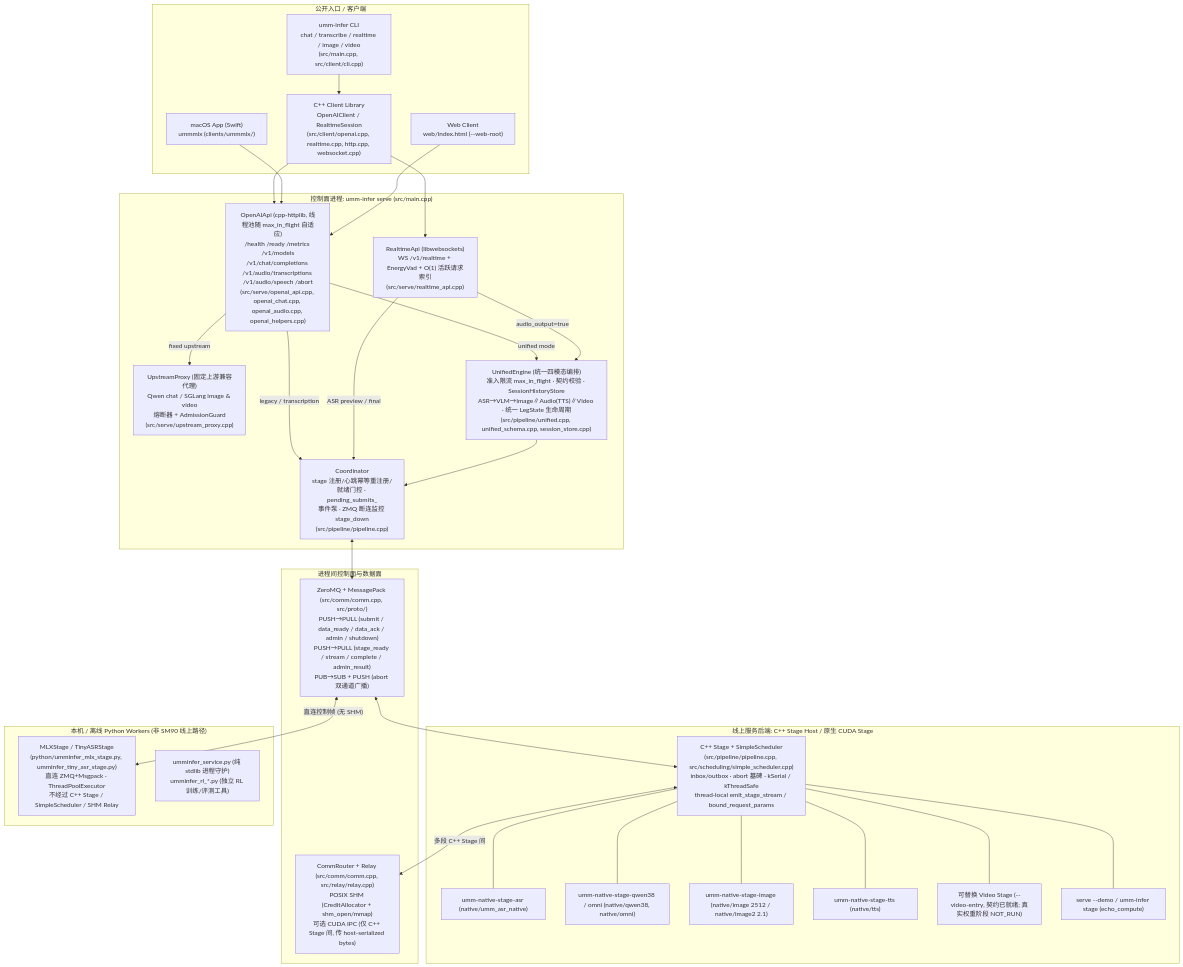
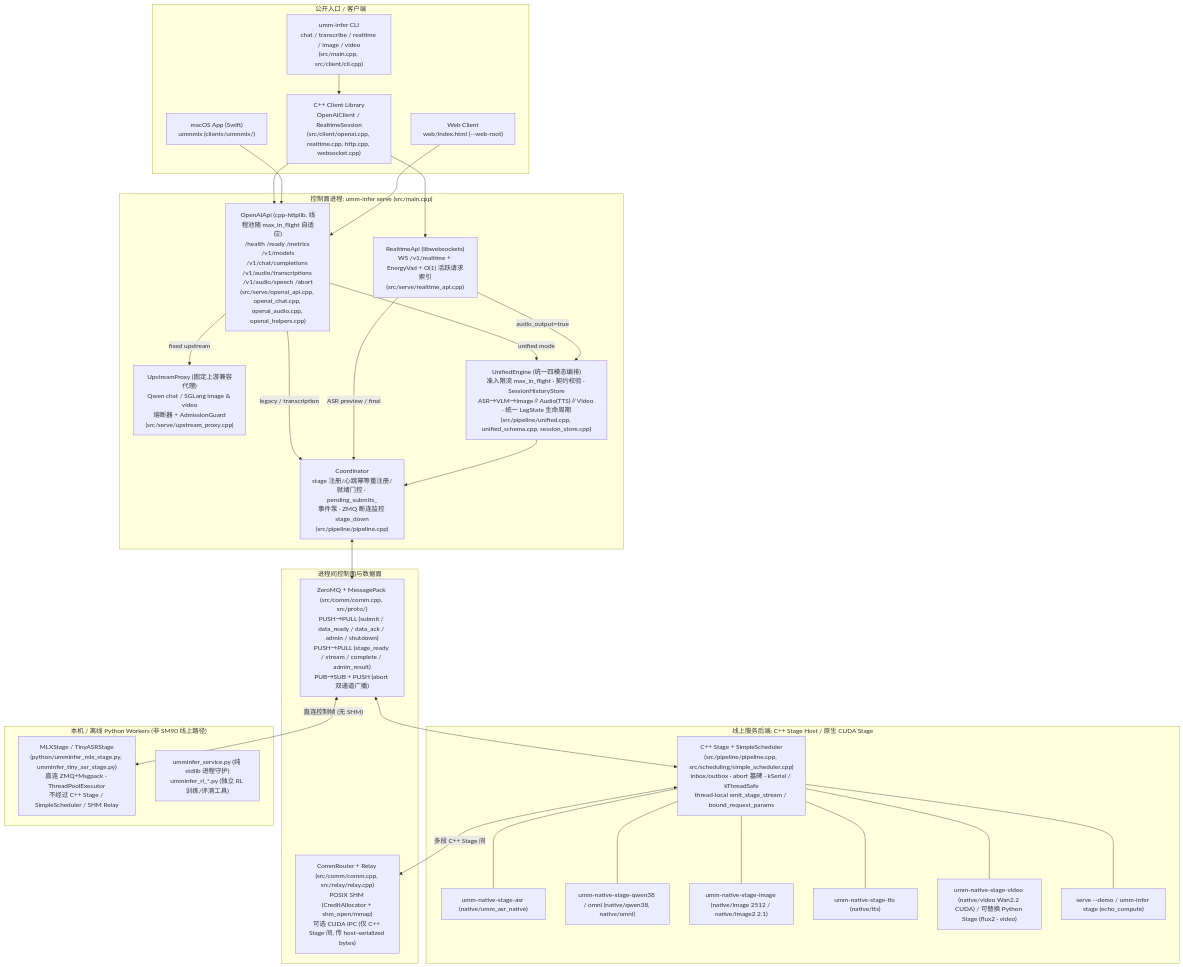
One commit to thinkseek/ummInfer changed the diagram in docs/architecture.md. Above: the diagram before and after it, drawn with Mermaid. The commit also changed other lines of this file and 6 other files, not shown here.

Commit message:
docs(wave6): sync feature-map (c5871233), architecture, model-support, README, roadmap, and AOCI

````diff
--- a/docs/architecture.md
+++ b/docs/architecture.md
@@ -10,62 +10,62 @@
 ```mermaid
 flowchart TB
   subgraph Clients["公开入口 / 客户端"]
     CLI["umm-infer CLI<br/>chat / transcribe / realtime / image / video<br/>(src/main.cpp, src/client/cli.cpp)"]
     CPP["C++ Client Library<br/>OpenAIClient / RealtimeSession<br/>(src/client/openai.cpp, realtime.cpp, http.cpp, websocket.cpp)"]
     SWIFT["macOS App (Swift)<br/>ummmlx (clients/ummmlx/)"]
     WEB["Web Client<br/>web/index.html (--web-root)"]
   end
 
   subgraph Server["控制面进程: umm-infer serve (src/main.cpp)"]
     HTTP["OpenAIApi (cpp-httplib, 线程池随 max_in_flight 自适应)<br/>/health /ready /metrics /v1/models<br/>/v1/chat/completions /v1/audio/transcriptions /v1/audio/speech /abort<br/>(src/serve/openai_api.cpp, openai_chat.cpp, openai_audio.cpp, openai_helpers.cpp)"]
     PROXY["UpstreamProxy (固定上游兼容代理)<br/>Qwen chat / SGLang image & video<br/>熔断器 + AdmissionGuard<br/>(src/serve/upstream_proxy.cpp)"]
     WS["RealtimeApi (libwebsockets)<br/>WS /v1/realtime + EnergyVad + O(1) 活跃请求索引<br/>(src/serve/realtime_api.cpp)"]
     UE["UnifiedEngine (统一四模态编排)<br/>准入限流 max_in_flight · 契约校验 · SessionHistoryStore<br/>ASR→VLM→Image∥Audio(TTS)∥Video · 统一 LegState 生命周期<br/>(src/pipeline/unified.cpp, unified_schema.cpp, session_store.cpp)"]
     COORD["Coordinator<br/>stage 注册/心跳幂等重注册/就绪门控 · pending_submits_<br/>事件泵 · ZMQ 断连监控 stage_down<br/>(src/pipeline/pipeline.cpp)"]
   end
 
   subgraph Transport["进程间控制面与数据面"]
     ZMQ["ZeroMQ + MessagePack (src/comm/comm.cpp, src/proto/)<br/>PUSH→PULL (submit / data_ready / data_ack / admin / shutdown)<br/>PUSH→PULL (stage_ready / stream / complete / admin_result)<br/>PUB→SUB + PUSH (abort 双通道广播)"]
     RELAY["CommRouter + Relay (src/comm/comm.cpp, src/relay/relay.cpp)<br/>POSIX SHM (CreditAllocator + shm_open/mmap)<br/>可选 CUDA IPC (仅 C++ Stage 间, 传 host-serialized bytes)"]
   end
 
   subgraph NativeStages["线上服务后端: C++ Stage Host / 原生 CUDA Stage"]
     STAGE["C++ Stage + SimpleScheduler<br/>(src/pipeline/pipeline.cpp, src/scheduling/simple_scheduler.cpp)<br/>inbox/outbox · abort 墓碑 · kSerial / kThreadSafe<br/>thread-local emit_stage_stream / bound_request_params"]
     BIN_ASR["umm-native-stage-asr (native/umm_asr_native)"]
     BIN_VLM["umm-native-stage-qwen38 / omni (native/qwen38, native/omni)"]
     BIN_IMG["umm-native-stage-image (native/image 2512 / native/image2 2.1)"]
     BIN_TTS["umm-native-stage-tts (native/tts)"]
-    BIN_VID["可替换 Video Stage (--video-entry, 契约已就绪; 真实权重阶段 NOT_RUN)"]
+    BIN_VID["umm-native-stage-video (native/video Wan2.2 CUDA) / 可替换 Python Stage (flux2 · video)"]
     DEMO["serve --demo / umm-infer stage (echo_compute)"]
   end
 
   subgraph PythonWorkers["本机 / 离线 Python Workers (非 SM90 线上路径)"]
     MLX["MLXStage / TinyASRStage<br/>(python/umminfer_mlx_stage.py, umminfer_tiny_asr_stage.py)<br/>直连 ZMQ+Msgpack · ThreadPoolExecutor<br/>不经过 C++ Stage / SimpleScheduler / SHM Relay"]
     SUP["umminfer_service.py (纯 stdlib 进程守护)<br/>umminfer_rl_*.py (独立 RL 训练/评测工具)"]
   end
 
   CLI --> CPP
   CPP --> HTTP
   CPP --> WS
   SWIFT --> HTTP
   WEB --> HTTP
 
   HTTP -->|"fixed upstream"| PROXY
   HTTP -->|"unified mode"| UE
   HTTP -->|"legacy / transcription"| COORD
   WS -->|"ASR preview / final"| COORD
   WS -->|"audio_output=true"| UE
   UE --> COORD
 
   COORD <--> ZMQ
   ZMQ <--> STAGE
   STAGE <-->|"多段 C++ Stage 间"| RELAY
   STAGE --- BIN_ASR
   STAGE --- BIN_VLM
   STAGE --- BIN_IMG
   STAGE --- BIN_TTS
   STAGE --- BIN_VID
   STAGE --- DEMO
 
   ZMQ <-->|"直连控制帧 (无 SHM)"| MLX
 ```
````
